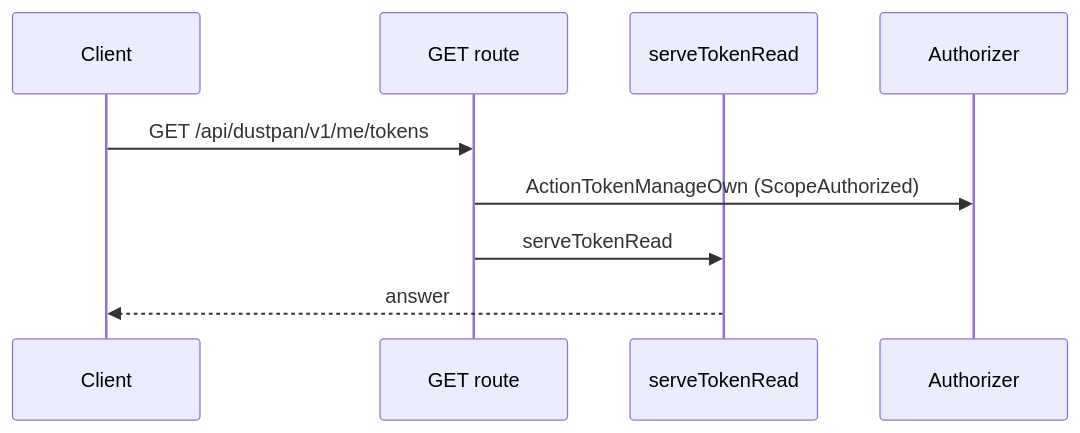
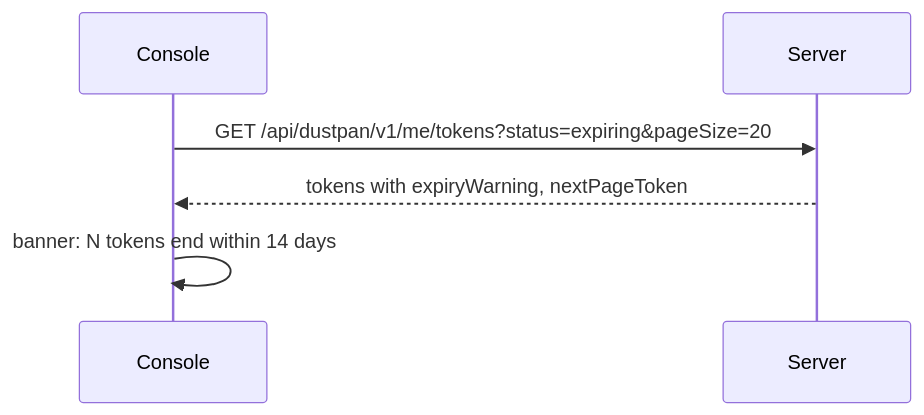
The first of 2 diagrams in openspec/changes/token-life-cycle-expiry-email-expiry-warning-display/design.md (OpenDustpan/OpenDustpan), drawn with Mermaid before and after one commit. The commit also changed other lines of this file and 3 other files, not shown here.

First line of the commit message:
openspec: rewrite token-expiry warning display to the console route gap

````diff
--- a/openspec/changes/token-life-cycle-expiry-email-expiry-warning-display/design.md
+++ b/openspec/changes/token-life-cycle-expiry-email-expiry-warning-display/design.md
@@ -24,11 +43,8 @@
 ```mermaid
 sequenceDiagram
-participant C as Client
-participant R as GET route
-participant H as serveTokenRead
-participant AZ as Authorizer
-C->>R: GET /api/dustpan/v1/me/tokens
-R->>AZ: ActionTokenManageOwn (ScopeAuthorized)
-R->>H: serveTokenRead
-H-->>C: answer
+participant C as Console
+participant S as Server
+C->>S: GET /api/dustpan/v1/me/tokens?status=expiring&pageSize=20
+S-->>C: tokens with expiryWarning, nextPageToken
+C->>C: banner: N tokens end within 14 days
 ```
````
